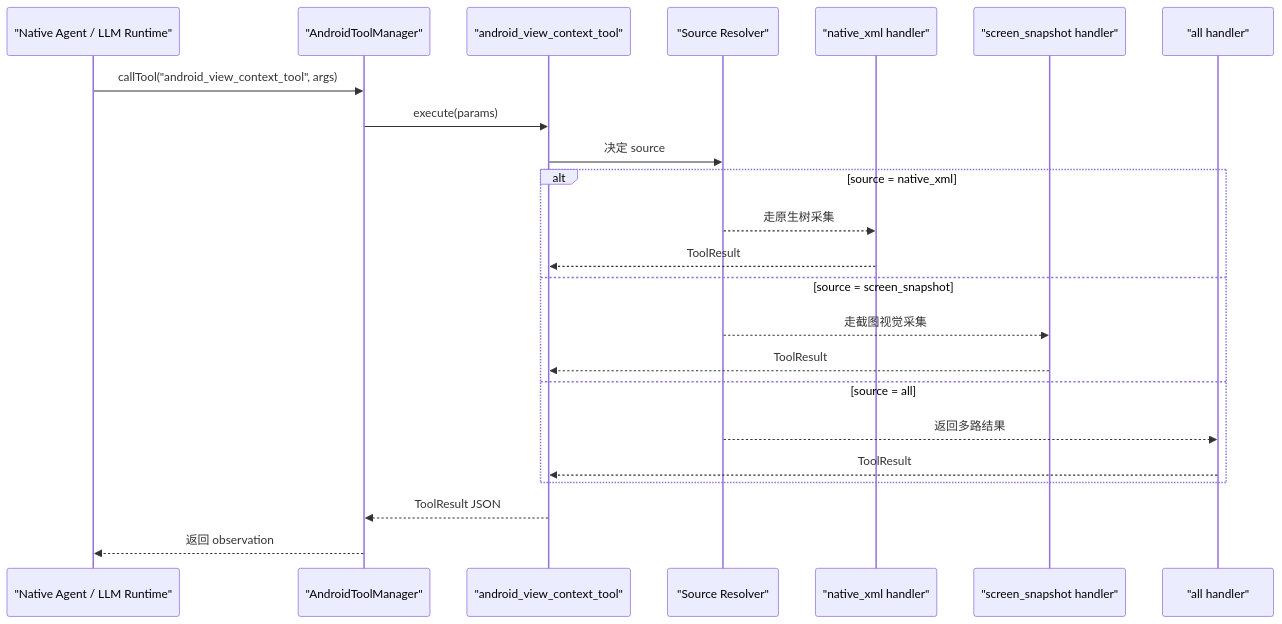
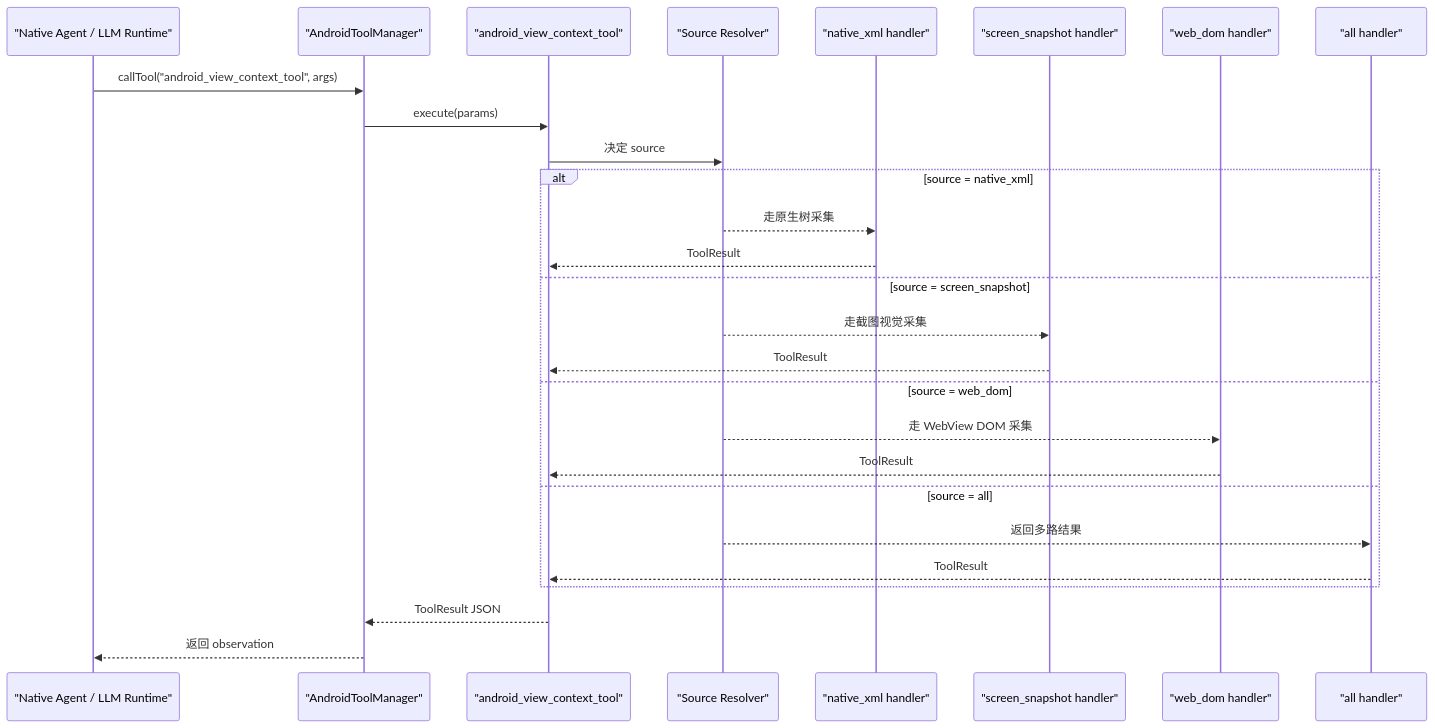
One commit to xxcai/mobile-agent changed the second of 8 diagrams in docs/architecture/current-agent-business-flow-sequence.md. Above: the diagram before and after it, drawn with Mermaid. The commit also changed other lines of this file and 1 other file, not shown here.

Commit message:
docs: document merged agent flow and web dom path

````diff
--- a/docs/architecture/current-agent-business-flow-sequence.md
+++ b/docs/architecture/current-agent-business-flow-sequence.md
@@ -68,26 +69,30 @@
 ```mermaid
 sequenceDiagram
     participant Native as "Native Agent / LLM Runtime"
     participant ToolMgr as "AndroidToolManager"
     participant ViewCtx as "android_view_context_tool"
     participant Resolver as "Source Resolver"
     participant NativeHandler as "native_xml handler"
     participant ScreenHandler as "screen_snapshot handler"
+    participant WebHandler as "web_dom handler"
     participant AllHandler as "all handler"
 
     Native->>ToolMgr: callTool("android_view_context_tool", args)
     ToolMgr->>ViewCtx: execute(params)
     ViewCtx->>Resolver: 决定 source
     alt source = native_xml
         Resolver-->>NativeHandler: 走原生树采集
         NativeHandler-->>ViewCtx: ToolResult
     else source = screen_snapshot
         Resolver-->>ScreenHandler: 走截图视觉采集
         ScreenHandler-->>ViewCtx: ToolResult
+    else source = web_dom
+        Resolver-->>WebHandler: 走 WebView DOM 采集
+        WebHandler-->>ViewCtx: ToolResult
     else source = all
         Resolver-->>AllHandler: 返回多路结果
         AllHandler-->>ViewCtx: ToolResult
     end
     ViewCtx-->>ToolMgr: ToolResult JSON
     ToolMgr-->>Native: 返回 observation
 ```
````
